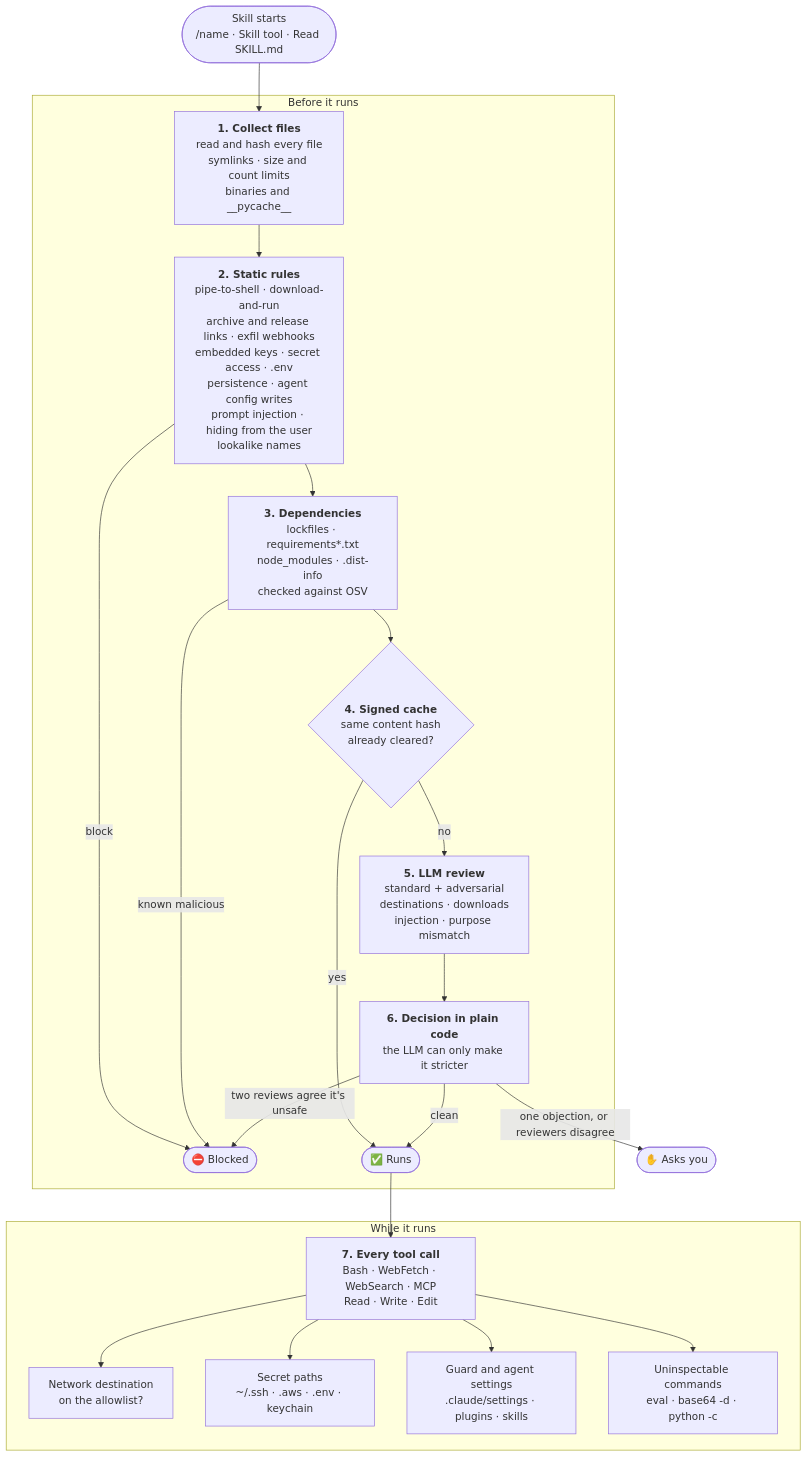
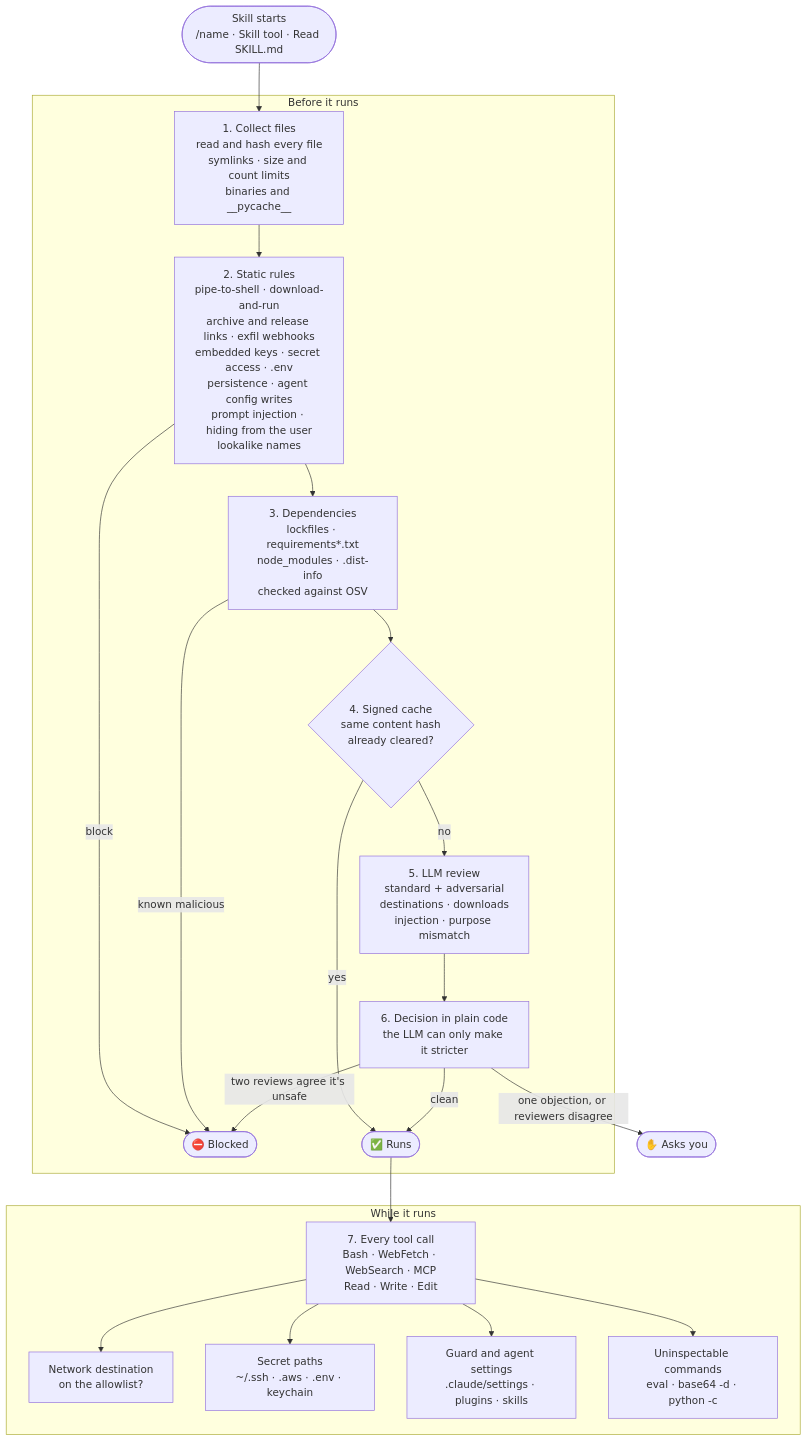
The diagram in README.md (chinmayshah99/skill-guard), drawn with Mermaid before and after one commit.

Commit message:
Fix clipped labels in README diagram

````diff
--- a/README.md
+++ b/README.md
@@ -19,40 +19,40 @@
 ```mermaid
 flowchart TD
     start(["Skill starts<br/>/name · Skill tool · Read SKILL.md"]) --> collect
 
     subgraph pre ["Before it runs"]
-        collect["<b>1. Collect files</b><br/>read and hash every file<br/>symlinks · size and count limits<br/>binaries and __pycache__"]
-        static["<b>2. Static rules</b><br/>pipe-to-shell · download-and-run<br/>archive and release links · exfil webhooks<br/>embedded keys · secret access · .env<br/>persistence · agent config writes<br/>prompt injection · hiding from the user<br/>lookalike names"]
-        deps["<b>3. Dependencies</b><br/>lockfiles · requirements*.txt<br/>node_modules · .dist-info<br/>checked against OSV"]
-        cache{"<b>4. Signed cache</b><br/>same content hash<br/>already cleared?"}
-        llm["<b>5. LLM review</b><br/>standard + adversarial<br/>destinations · downloads<br/>injection · purpose mismatch"]
-        decide["<b>6. Decision in plain code</b><br/>the LLM can only make it stricter"]
+        collect["1. Collect files<br/>read and hash every file<br/>symlinks · size and count limits<br/>binaries and __pycache__"]
+        static["2. Static rules<br/>pipe-to-shell · download-and-run<br/>archive and release links · exfil webhooks<br/>embedded keys · secret access · .env<br/>persistence · agent config writes<br/>prompt injection · hiding from the user<br/>lookalike names"]
+        deps["3. Dependencies<br/>lockfiles · requirements*.txt<br/>node_modules · .dist-info<br/>checked against OSV"]
+        cache{"4. Signed cache<br/>same content hash<br/>already cleared?"}
+        llm["5. LLM review<br/>standard + adversarial<br/>destinations · downloads<br/>injection · purpose mismatch"]
+        decide["6. Decision in plain code<br/>the LLM can only make it stricter"]
 
         collect --> static
         static -->|block| blocked
         static --> deps
         deps -->|known malicious| blocked
         deps --> cache
         cache -->|yes| allowed
         cache -->|no| llm --> decide
     end
 
     decide -->|two reviews agree it's unsafe| blocked
     decide -->|one objection, or reviewers disagree| ask
     decide -->|clean| allowed
 
     blocked(["⛔ Blocked"])
     ask(["✋ Asks you"])
     allowed(["✅ Runs"])
 
     allowed --> runtime
 
     subgraph run ["While it runs"]
-        runtime["<b>7. Every tool call</b><br/>Bash · WebFetch · WebSearch · MCP<br/>Read · Write · Edit"]
+        runtime["7. Every tool call<br/>Bash · WebFetch · WebSearch · MCP<br/>Read · Write · Edit"]
         net["Network destination<br/>on the allowlist?"]
         secrets["Secret paths<br/>~/.ssh · .aws · .env · keychain"]
         guard["Guard and agent settings<br/>.claude/settings · plugins · skills"]
         opaque["Uninspectable commands<br/>eval · base64 -d · python -c"]
         runtime --> net & secrets & guard & opaque
     end
 ```
````
